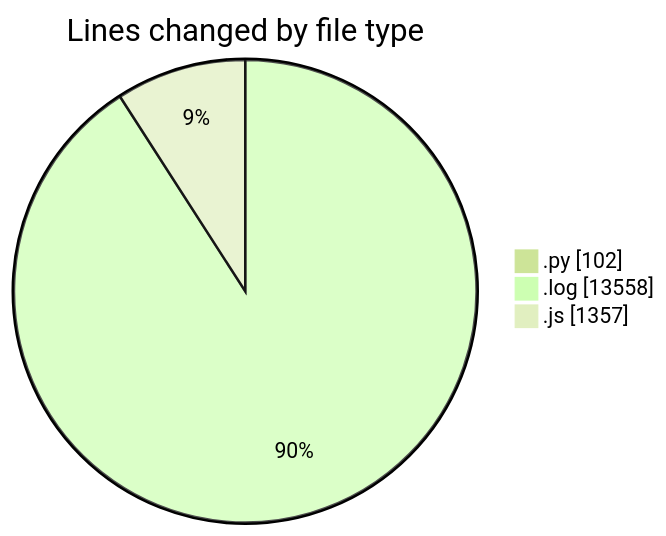
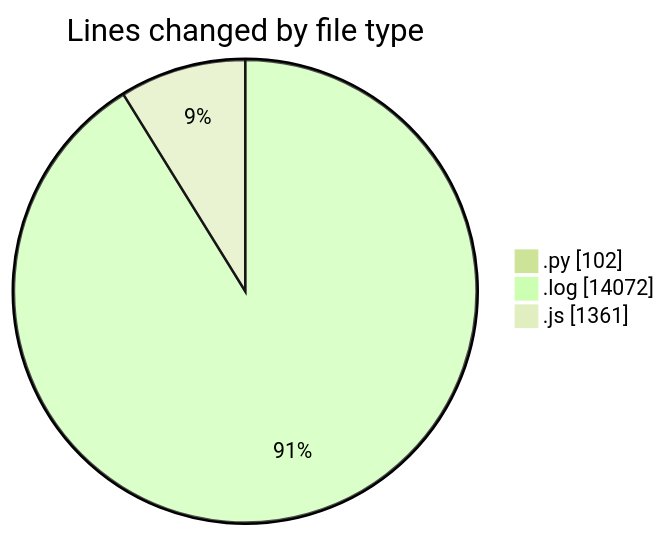
The first of 2 diagrams in 2025-04-19/nxtqube_webapp/README.md (nxtqubesakshisongat/code-tracking), drawn with Mermaid (forest theme) before and after one commit. The commit also changed other lines of this file and 1 other file, not shown here.

````diff
--- a/2025-04-19/nxtqube_webapp/README.md
+++ b/2025-04-19/nxtqube_webapp/README.md
@@ -30,7 +30,7 @@
 ```mermaid
 pie showData
 title Lines changed by file type
 ".py" : 102
-".log" : 13558
-".js" : 1357
+".log" : 14072
+".js" : 1361
 ```
````
